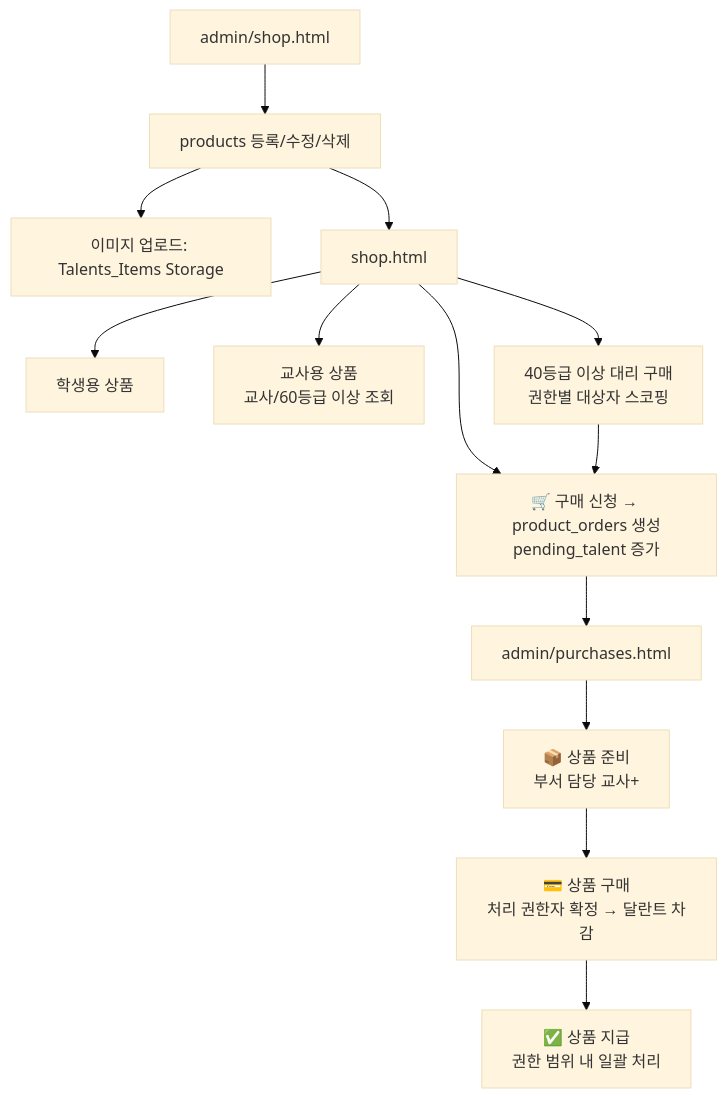
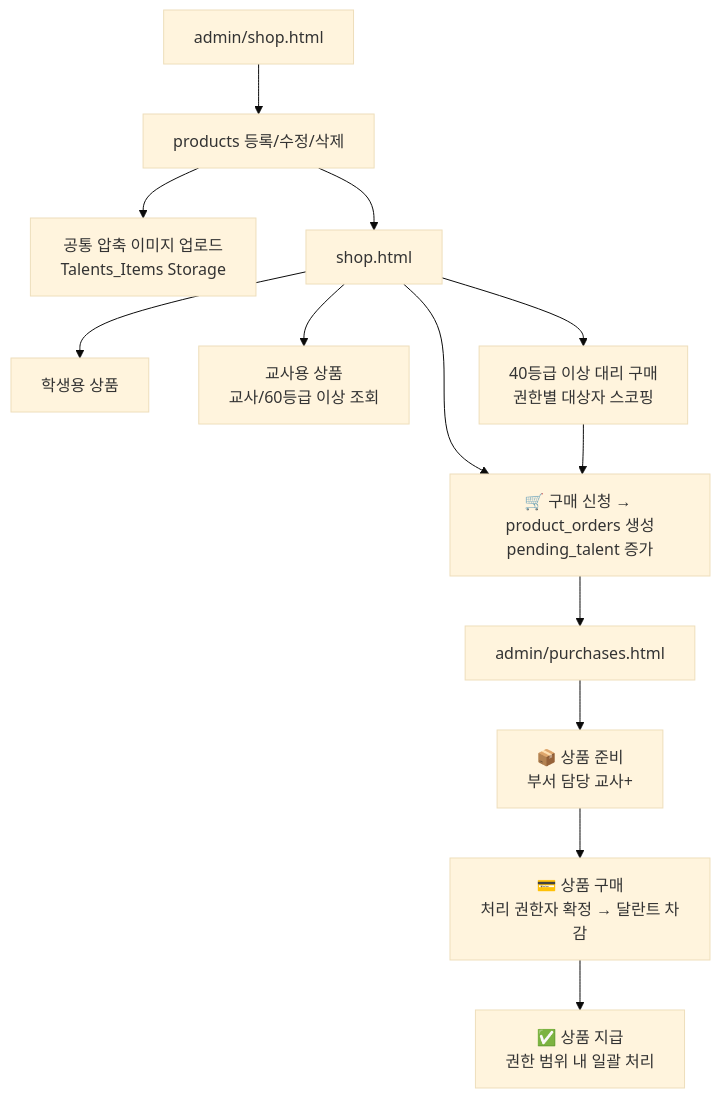
Before and after one commit to CHO-Talents-Test/CHO-Talents-Test: the sixth of 6 diagrams in README.md, drawn with Mermaid (base theme). The commit also changed other lines of this file and 58 other files, not shown here.

````diff
--- a/README.md
+++ b/README.md
@@ -681,15 +695,15 @@
 ```mermaid
 flowchart TD
   AdminShop["admin/shop.html"] --> ProductCRUD["products 등록/수정/삭제"]
-  ProductCRUD --> Storage["이미지 업로드: Talents_Items Storage"]
+  ProductCRUD --> Storage["공통 압축 이미지 업로드<br/>Talents_Items Storage"]
   ProductCRUD --> PublicShop["shop.html"]
   PublicShop --> StudentGoods["학생용 상품"]
   PublicShop --> TeacherGoods["교사용 상품<br/>교사/60등급 이상 조회"]
   PublicShop --> OrderRequest["🛒 구매 신청 → product_orders 생성<br/>pending_talent 증가"]
   PublicShop --> ProxyOrder["40등급 이상 대리 구매<br/>권한별 대상자 스코핑"]
   ProxyOrder --> OrderRequest
   OrderRequest --> PurchaseMgmt["admin/purchases.html"]
   PurchaseMgmt --> Preparing["📦 상품 준비<br/>부서 담당 교사+"]
   Preparing --> Purchased["💳 상품 구매<br/>처리 권한자 확정 → 달란트 차감"]
   Purchased --> Delivered["✅ 상품 지급<br/>권한 범위 내 일괄 처리"]
 ```
````
